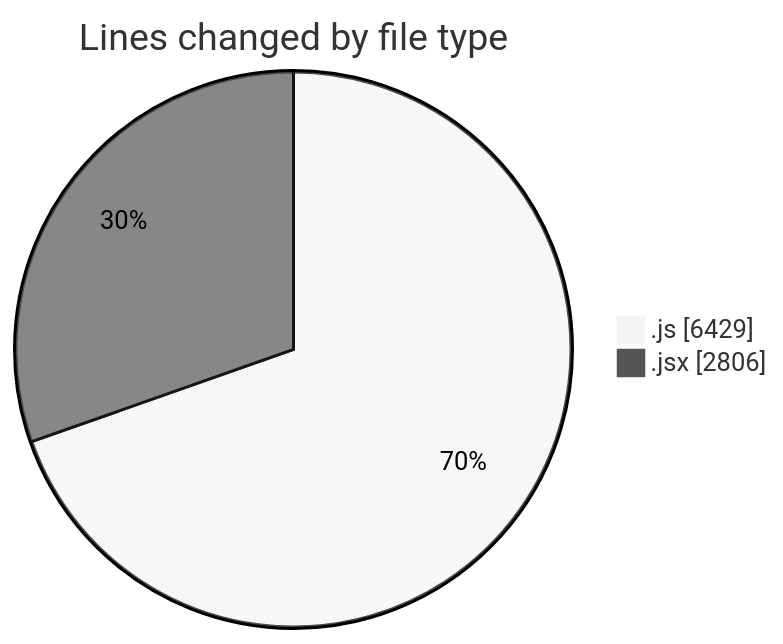
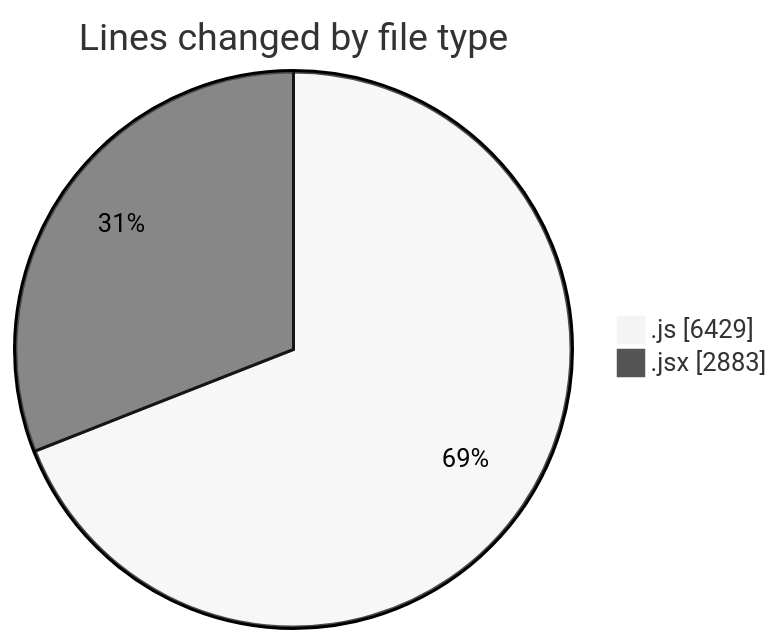
The first of 2 diagrams in 2025-09-26/nxtqube_webapp/README.md (nxtqubesakshisongat/code-tracking), drawn with Mermaid (neutral theme) before and after one commit. The commit also changed other lines of this file and 1 other file, not shown here.

````diff
--- a/2025-09-26/nxtqube_webapp/README.md
+++ b/2025-09-26/nxtqube_webapp/README.md
@@ -23,6 +23,6 @@
 ```mermaid
 pie showData
 title Lines changed by file type
 ".js" : 6429
-".jsx" : 2806
+".jsx" : 2883
 ```
````
